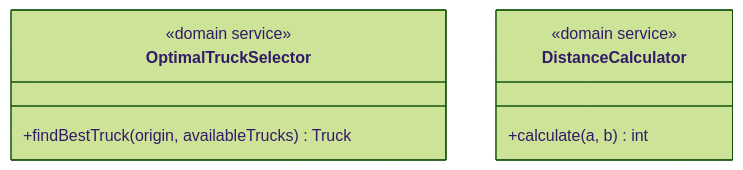
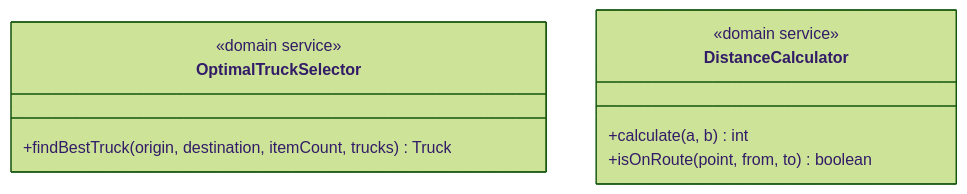
The third of 6 diagrams in transport/ddd.md (PauLopNun/workshop-suministros), drawn with Mermaid (forest theme) before and after one commit. The commit also changed other lines of this file, not shown here.

Commit message:
docs: update domain model to support multi-delivery trucks

````diff
--- a/transport/ddd.md
+++ b/transport/ddd.md
@@ -89,11 +92,12 @@
 ```mermaid
 classDiagram
     class OptimalTruckSelector {
         <<domain service>>
-        +findBestTruck(origin, availableTrucks) Truck
+        +findBestTruck(origin, destination, itemCount, trucks) Truck
     }
     class DistanceCalculator {
         <<domain service>>
         +calculate(a, b) int
+        +isOnRoute(point, from, to) boolean
     }
 ```
````
